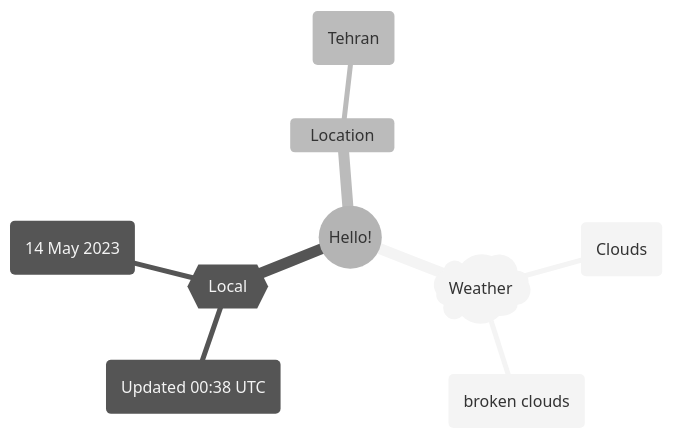
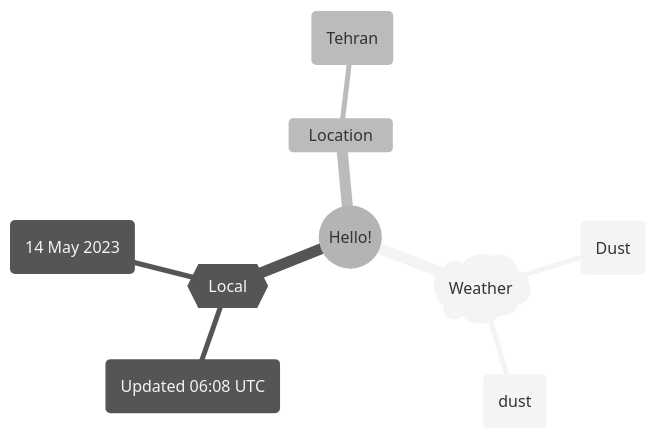
Before and after one commit to Xosrov/Xosrov: the first of 2 diagrams in README.md, drawn with Mermaid (neutral theme).

Commit message:
[bot] updated images

````diff
--- a/README.md
+++ b/README.md
@@ -3,12 +3,12 @@
 ```mermaid
 mindmap
   root((Hello!))
     )Weather(
-        (Clouds)
-        (broken clouds)
+        (Dust)
+        (dust)
     {{Local}}
-        (Updated 00:38 UTC)
+        (Updated 06:08 UTC)
         (14 May 2023)
     Location
         (Tehran)
 ```
````
